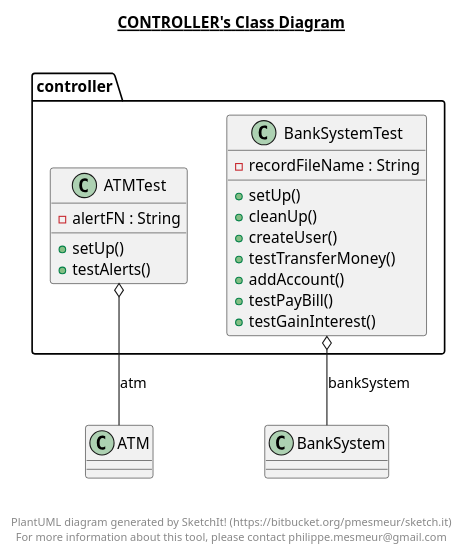
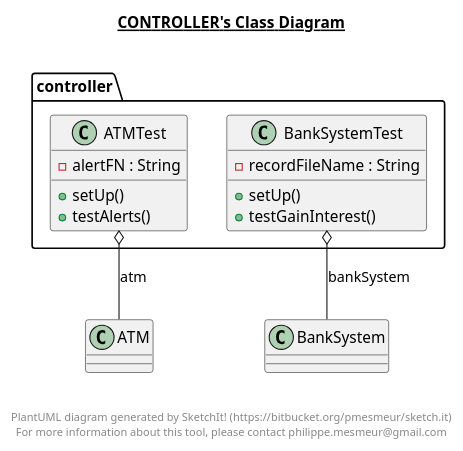
The diagram in phase1/t/controller/controller.plantuml (kexinlin/CSC207-Software-Design), drawn with PlantUML before and after one commit. The commit also changed 7 other files, not shown here.

Commit message:
*.plantuml

```diff
--- a/phase1/t/controller/controller.plantuml
+++ b/phase1/t/controller/controller.plantuml
@@ -1,39 +1,34 @@
 @startuml
 
 title __CONTROLLER's Class Diagram__\n
 
   package controller {
     class ATMTest {
         - alertFN : String
         + setUp()
         + testAlerts()
     }
   }
   
 
   package controller {
     class BankSystemTest {
         - recordFileName : String
         + setUp()
-        + cleanUp()
-        + createUser()
-        + testTransferMoney()
-        + addAccount()
-        + testPayBill()
         + testGainInterest()
     }
   }
   
 
   ATMTest o-- ATM : atm
   BankSystemTest o-- BankSystem : bankSystem
 
 
 right footer
 
 
 PlantUML diagram generated by SketchIt! (https://bitbucket.org/pmesmeur/sketch.it)
 For more information about this tool, please contact philippe.mesmeur@gmail.com
 endfooter
 
 @enduml
```
